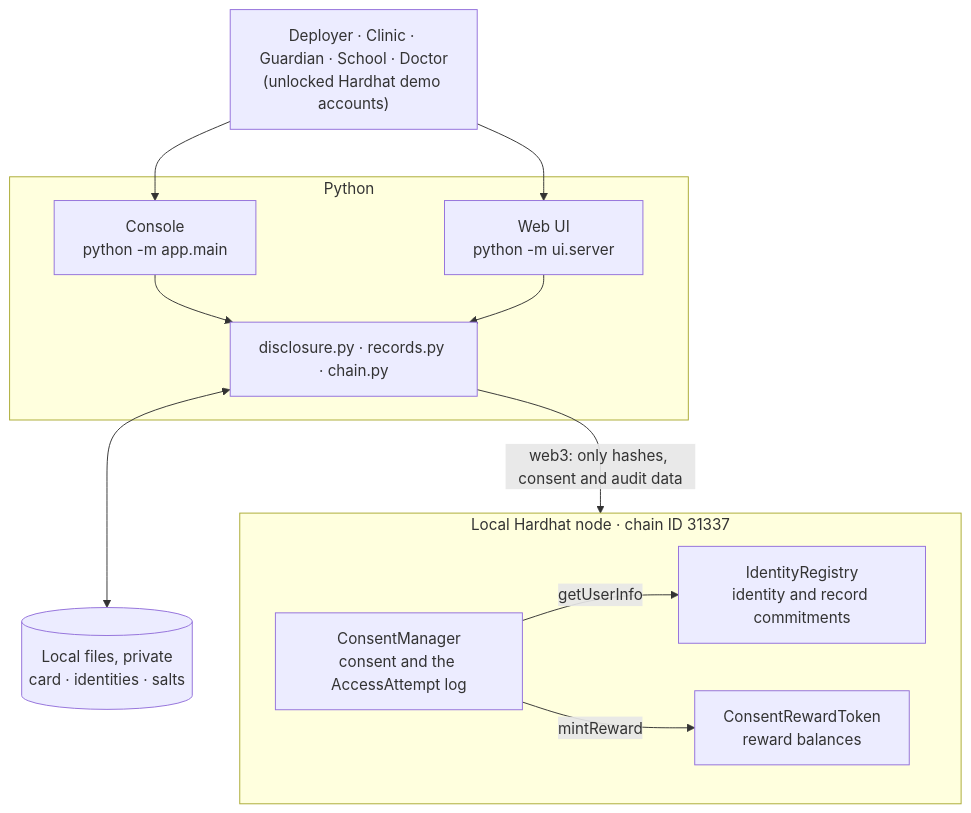
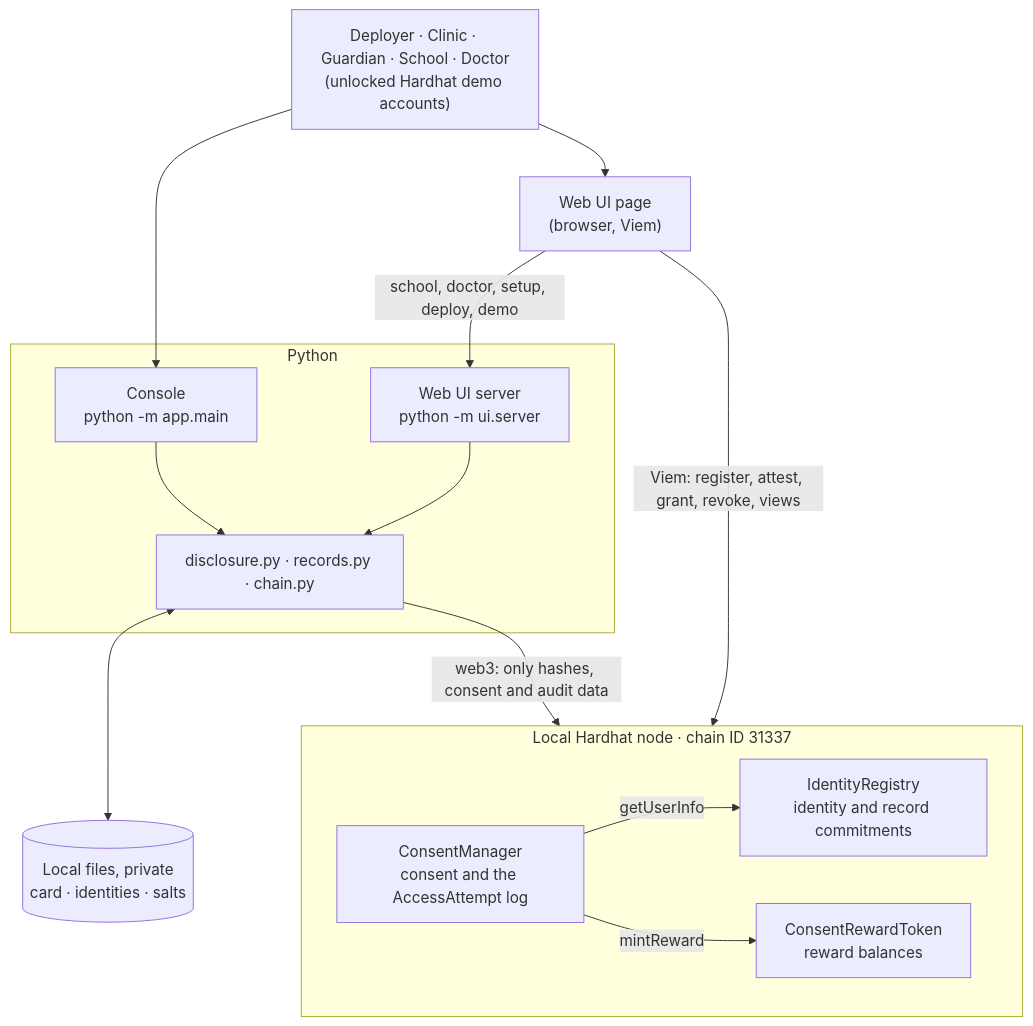
One commit to Rasto712/blockchains_vaccination_project changed the diagram in docs/ARCHITECTURE.md. Above: the diagram before and after it, drawn with Mermaid. The commit also changed other lines of this file and 12 other files, not shown here.

Commit message:
Connect the web UI to the contracts with Viem.js

````diff
--- a/docs/ARCHITECTURE.md
+++ b/docs/ARCHITECTURE.md
@@ -7,27 +7,31 @@
 ```mermaid
 flowchart TB
     actors["Deployer · Clinic · Guardian · School · Doctor<br/>(unlocked Hardhat demo accounts)"]
 
+    browser["Web UI page<br/>(browser, Viem)"]
+
     subgraph python["Python"]
         console["Console<br/>python -m app.main"]
-        webui["Web UI<br/>python -m ui.server"]
+        webui["Web UI server<br/>python -m ui.server"]
         core["disclosure.py · records.py · chain.py"]
     end
 
     files[("Local files, private<br/>card · identities · salts")]
 
     subgraph hardhat["Local Hardhat node · chain ID 31337"]
         registry["IdentityRegistry<br/>identity and record commitments"]
         manager["ConsentManager<br/>consent and the AccessAttempt log"]
         token["ConsentRewardToken<br/>reward balances"]
     end
 
     actors --> console
-    actors --> webui
+    actors --> browser
+    browser -->|"school, doctor, setup, deploy, demo"| webui
+    browser -->|"Viem: register, attest, grant, revoke, views"| hardhat
     console --> core
     webui --> core
     core <--> files
     core -->|"web3: only hashes, consent and audit data"| hardhat
     manager -->|getUserInfo| registry
     manager -->|mintReward| token
 ```
````
